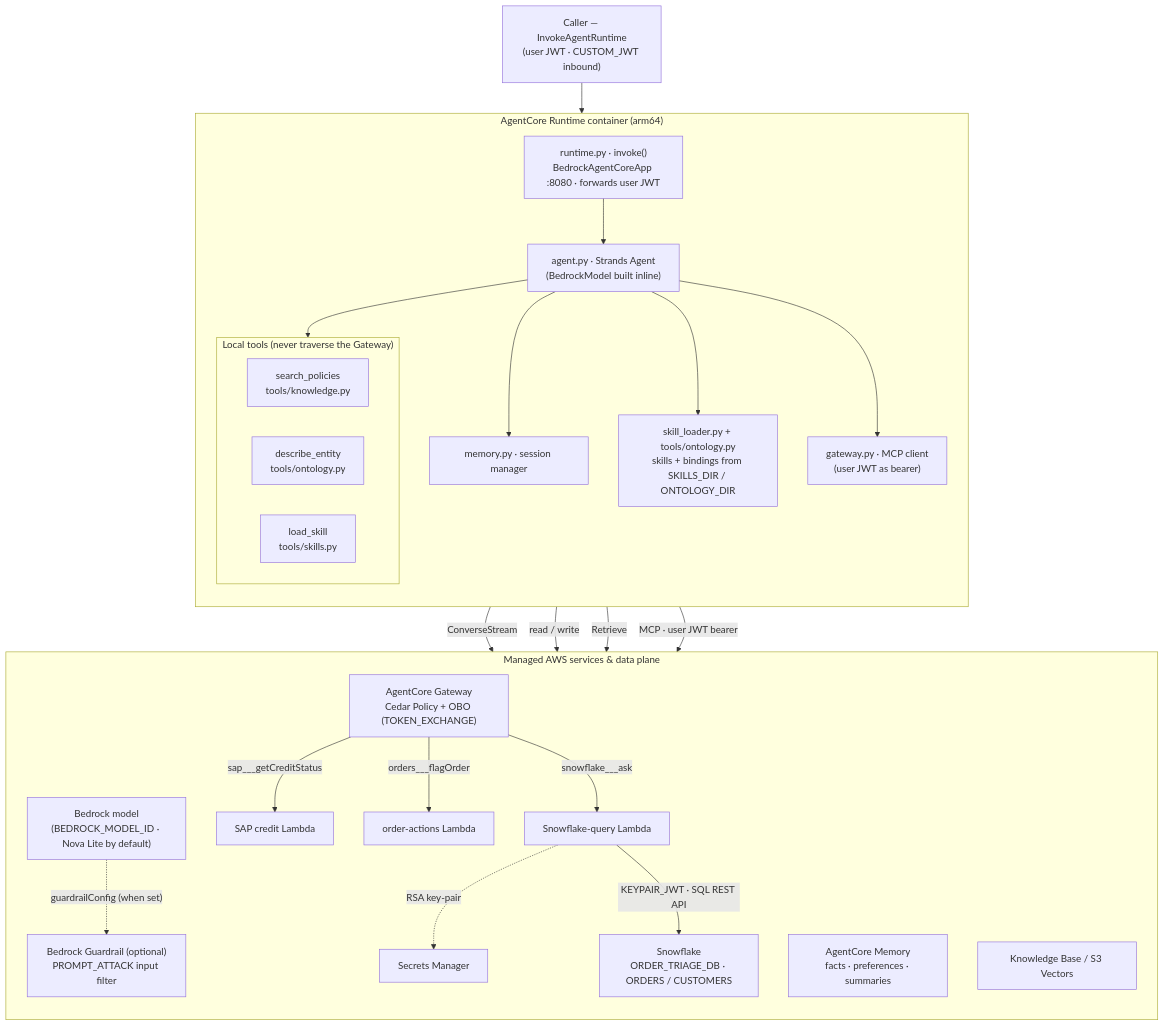
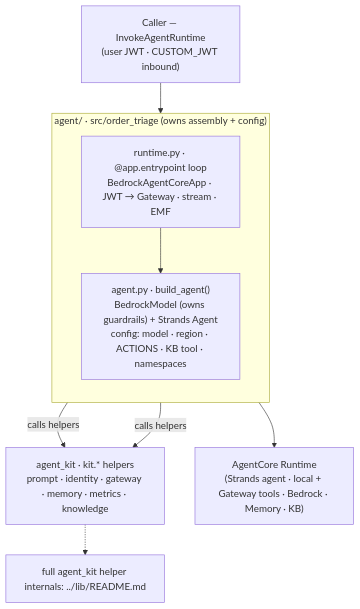
Before and after one commit to aniryou/bedrock-demo: the first of 4 diagrams in agent/README.md, drawn with Mermaid. The commit also changed other lines of this file and 78 other files, not shown here.

First line of the commit message:
refactor(agent): extract agent-agnostic plumbing into shared lib/ (agent_kit) (#11)

````diff
--- a/agent/README.md
+++ b/agent/README.md
@@ -107,50 +121,22 @@
 ```mermaid
 flowchart TB
     caller["Caller — InvokeAgentRuntime<br/>(user JWT · CUSTOM_JWT inbound)"]
 
-    subgraph container["AgentCore Runtime container (arm64)"]
+    subgraph agentpkg["agent/ · src/order_triage (owns assembly + config)"]
         direction TB
-        entry["runtime.py · invoke()<br/>BedrockAgentCoreApp :8080 · forwards user JWT"]
-        agent["agent.py · Strands Agent<br/>(BedrockModel built inline)"]
-        memmgr["memory.py · session manager"]
-        loaders["skill_loader.py + tools/ontology.py<br/>skills + bindings from SKILLS_DIR / ONTOLOGY_DIR"]
-        gwc["gateway.py · MCP client<br/>(user JWT as bearer)"]
-        subgraph localtools["Local tools (never traverse the Gateway)"]
-            direction LR
-            kt["search_policies<br/>tools/knowledge.py"]
-            de["describe_entity<br/>tools/ontology.py"]
-            ls["load_skill<br/>tools/skills.py"]
-        end
+        rt["runtime.py · @app.entrypoint loop<br/>BedrockAgentCoreApp · JWT → Gateway · stream · EMF"]
+        ba["agent.py · build_agent()<br/>BedrockModel (owns guardrails) + Strands Agent<br/>config: model · region · ACTIONS · KB tool · namespaces"]
+        rt --> ba
     end
 
-    subgraph ext["Managed AWS services & data plane"]
-        direction TB
-        bedrock["Bedrock model<br/>(BEDROCK_MODEL_ID · Nova Lite by default)"]
-        guard["Bedrock Guardrail (optional)<br/>PROMPT_ATTACK input filter"]
-        mem["AgentCore Memory<br/>facts · preferences · summaries"]
-        kb["Knowledge Base / S3 Vectors"]
-        gw["AgentCore Gateway<br/>Cedar Policy + OBO (TOKEN_EXCHANGE)"]
-        sap["SAP credit Lambda"]
-        ord["order-actions Lambda"]
-        sfl["Snowflake-query Lambda"]
-        sm["Secrets Manager"]
-        snow["Snowflake<br/>ORDER_TRIAGE_DB · ORDERS / CUSTOMERS"]
-    end
+    kit["agent_kit · kit.* helpers<br/>prompt · identity · gateway · memory · metrics · knowledge"]
+    runtime["AgentCore Runtime<br/>(Strands agent · local + Gateway tools · Bedrock · Memory · KB)"]
 
-    caller --> entry --> agent
-    agent --> memmgr
-    agent --> loaders
-    agent --> localtools
-    agent --> gwc
+    caller --> rt
+    rt -->|calls helpers| kit
+    ba -->|calls helpers| kit
+    ba --> runtime
 
-    agent -->|ConverseStream| bedrock
-    bedrock -.->|"guardrailConfig (when set)"| guard
-    memmgr -->|"read / write"| mem
-    kt -->|Retrieve| kb
-    gwc -->|"MCP · user JWT bearer"| gw
-    gw -->|"sap___getCreditStatus"| sap
-    gw -->|"orders___flagOrder"| ord
-    gw -->|"snowflake___ask"| sfl
-    sfl -. "RSA key-pair" .-> sm
-    sfl -->|"KEYPAIR_JWT · SQL REST API"| snow
+    note["full agent_kit helper internals: ../lib/README.md"]
+    kit -.-> note
 ```
````
